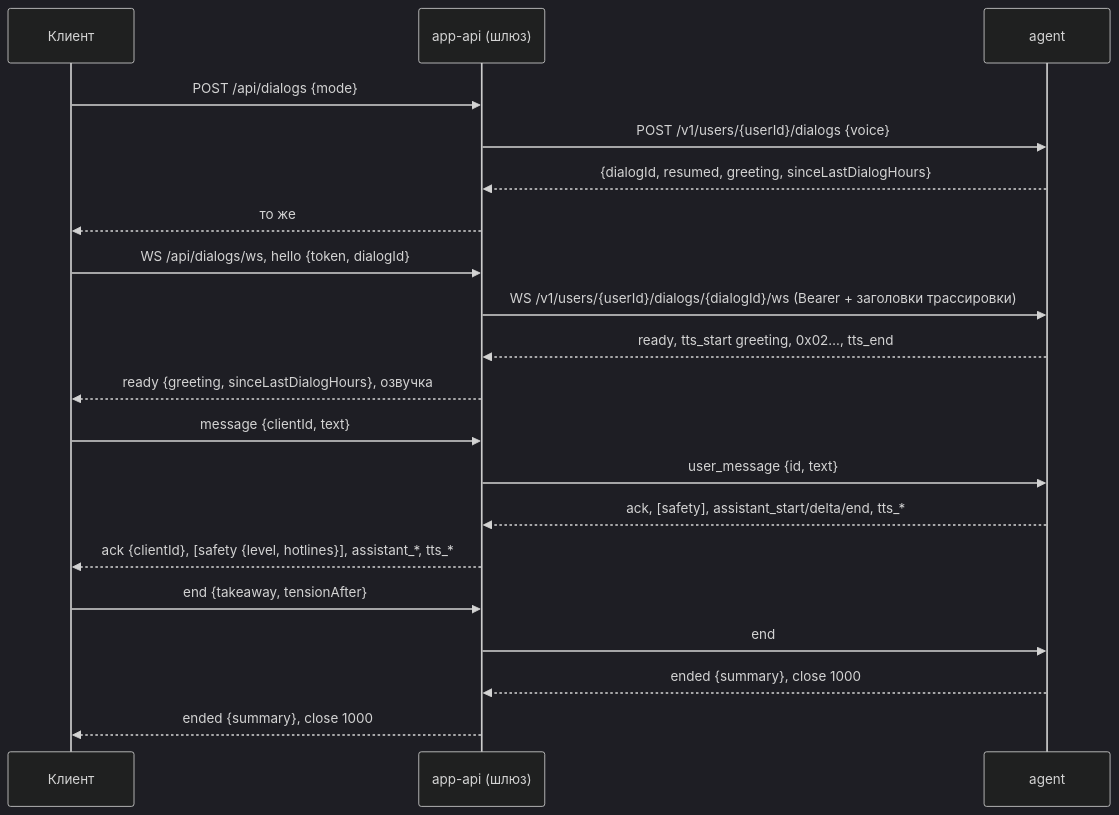
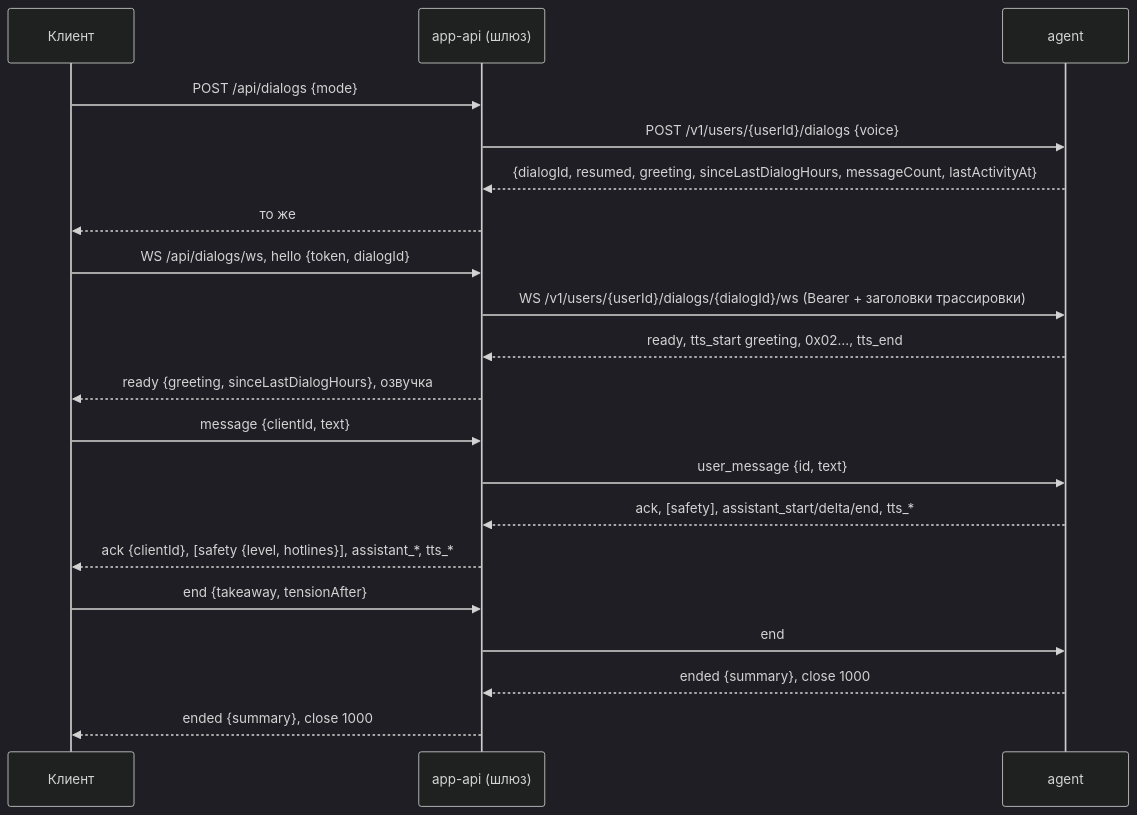
The fifth of 5 diagrams in docs/spec.md (playa69/ryadom), drawn with Mermaid (dark theme) before and after one commit. The commit also changed other lines of this file and 23 other files, not shown here.

````diff
--- a/docs/spec.md
+++ b/docs/spec.md
@@ -577,22 +591,22 @@
 ```mermaid title="Разговор: клиент → шлюз → агент"
 sequenceDiagram
   participant C as Клиент
   participant G as app-api (шлюз)
   participant A as agent
   C->>G: POST /api/dialogs {mode}
   G->>A: POST /v1/users/{userId}/dialogs {voice}
-  A-->>G: {dialogId, resumed, greeting, sinceLastDialogHours}
+  A-->>G: {dialogId, resumed, greeting, sinceLastDialogHours, messageCount, lastActivityAt}
   G-->>C: то же
   C->>G: WS /api/dialogs/ws, hello {token, dialogId}
   G->>A: WS /v1/users/{userId}/dialogs/{dialogId}/ws (Bearer + заголовки трассировки)
   A-->>G: ready, tts_start greeting, 0x02…, tts_end
   G-->>C: ready {greeting, sinceLastDialogHours}, озвучка
   C->>G: message {clientId, text}
   G->>A: user_message {id, text}
   A-->>G: ack, [safety], assistant_start/delta/end, tts_*
   G-->>C: ack {clientId}, [safety {level, hotlines}], assistant_*, tts_*
   C->>G: end {takeaway, tensionAfter}
   G->>A: end
   A-->>G: ended {summary}, close 1000
   G-->>C: ended {summary}, close 1000
 ```
````
